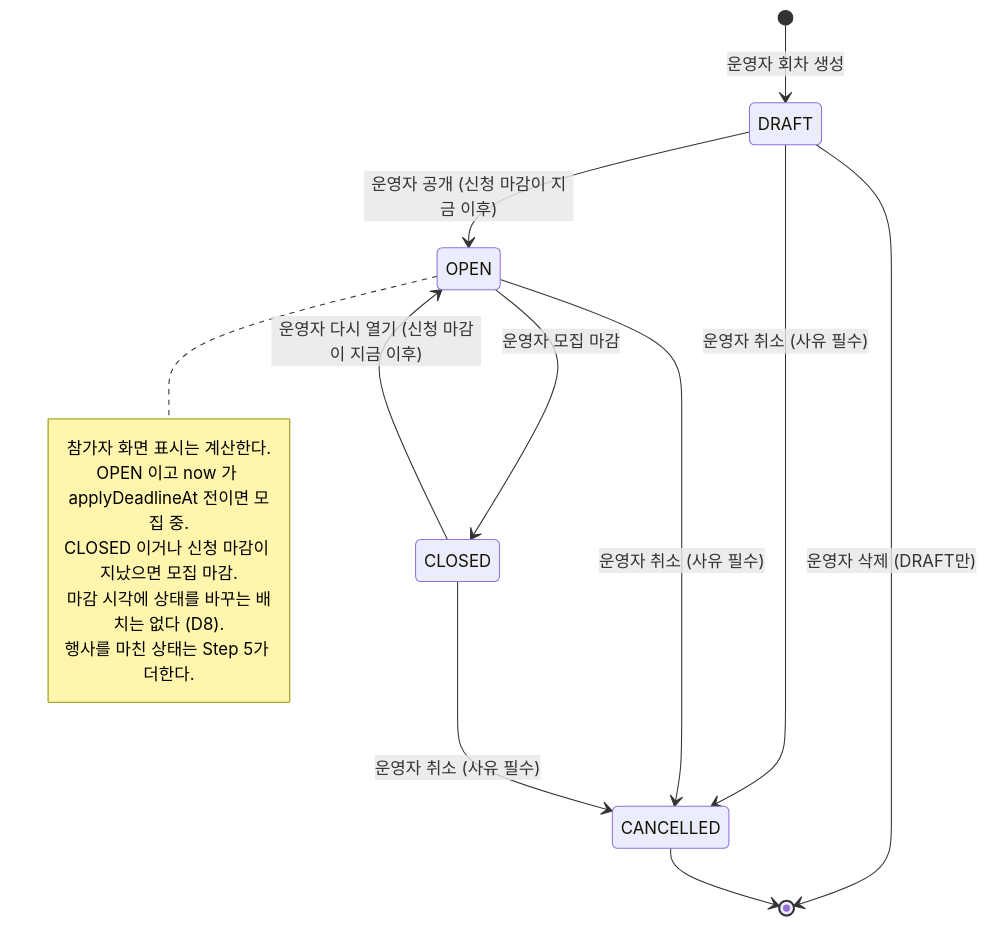
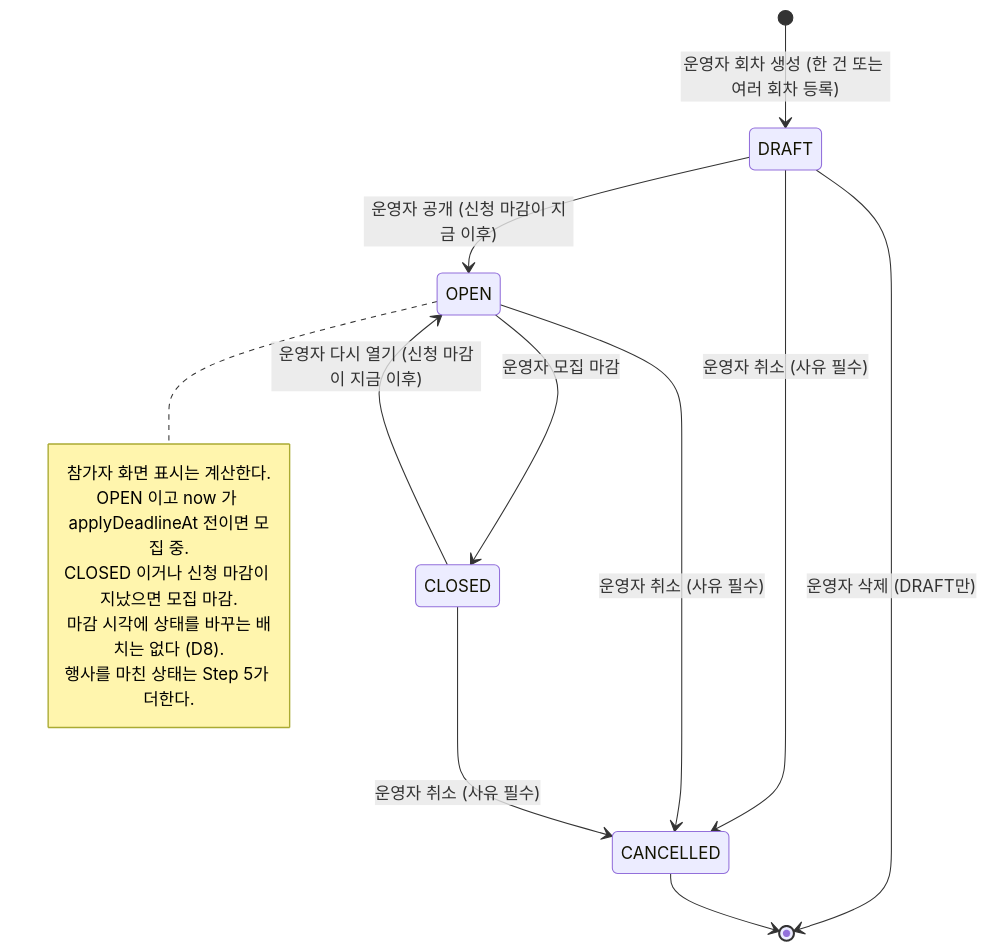
The second of 5 diagrams in docs/specs/SPEC-002-meetup-schedule.md (YongjaeKwon/oneul-sai), drawn with Mermaid before and after one commit. The commit also changed other lines of this file and 1 other file, not shown here.

First line of the commit message:
docs(specs): SPEC-002 2차 운영자 답변과 여러 회차 일괄 등록(D15) 반영

````diff
--- a/docs/specs/SPEC-002-meetup-schedule.md
+++ b/docs/specs/SPEC-002-meetup-schedule.md
@@ -266,19 +297,19 @@
 ```mermaid
 stateDiagram-v2
-    [*] --> DRAFT: 운영자 회차 생성
+    [*] --> DRAFT: 운영자 회차 생성 (한 건 또는 여러 회차 등록)
     DRAFT --> OPEN: 운영자 공개 (신청 마감이 지금 이후)
     OPEN --> CLOSED: 운영자 모집 마감
     CLOSED --> OPEN: 운영자 다시 열기 (신청 마감이 지금 이후)
     DRAFT --> CANCELLED: 운영자 취소 (사유 필수)
     OPEN --> CANCELLED: 운영자 취소 (사유 필수)
     CLOSED --> CANCELLED: 운영자 취소 (사유 필수)
     DRAFT --> [*]: 운영자 삭제 (DRAFT만)
     CANCELLED --> [*]
     note right of OPEN
         참가자 화면 표시는 계산한다.
         OPEN 이고 now 가 applyDeadlineAt 전이면 모집 중.
         CLOSED 이거나 신청 마감이 지났으면 모집 마감.
         마감 시각에 상태를 바꾸는 배치는 없다 (D8).
         행사를 마친 상태는 Step 5가 더한다.
     end note
 ```
````
